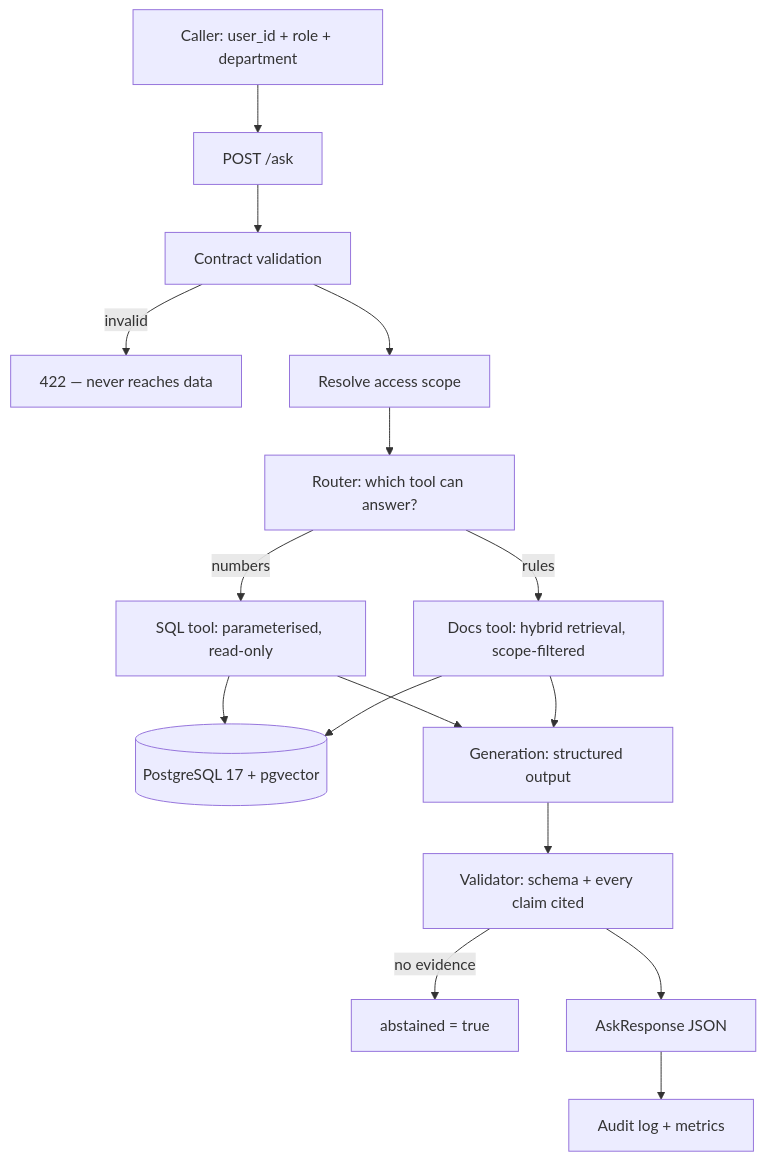
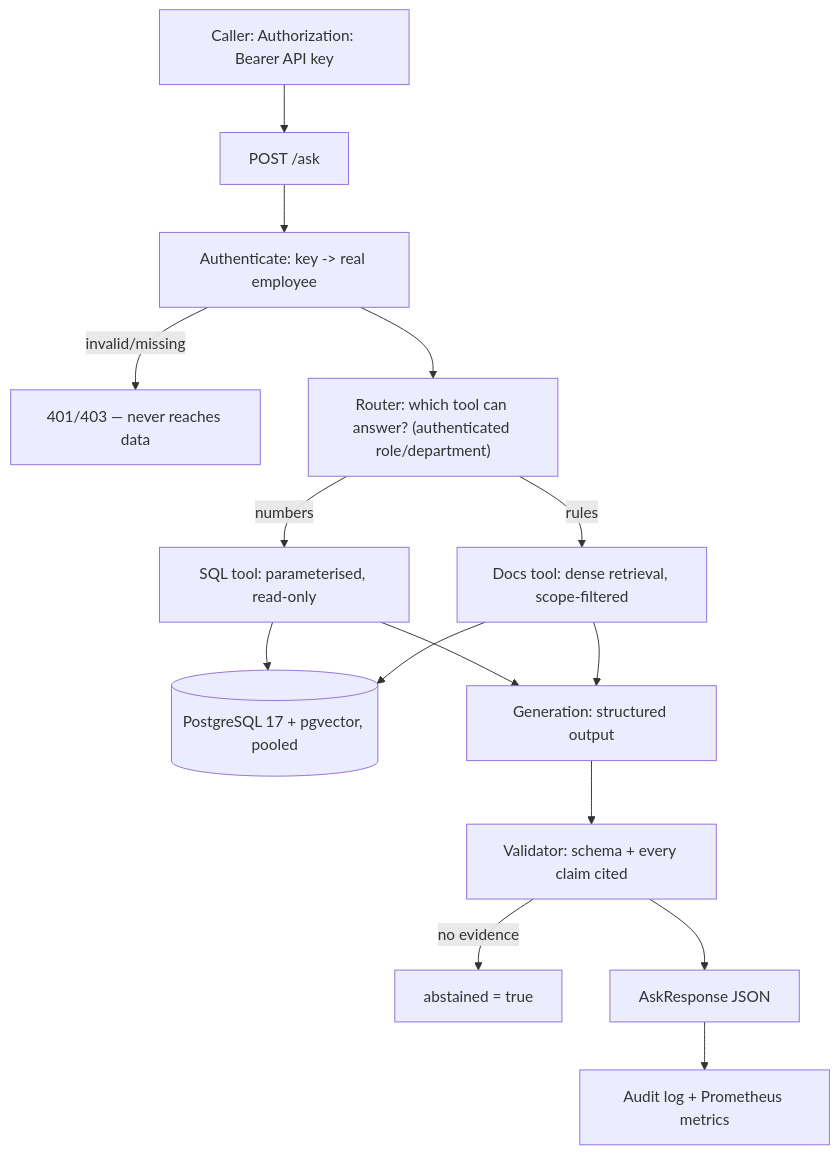
The diagram in README.md (anhquan1111/enterprise-ai-decision-platform), drawn with Mermaid before and after one commit. The commit also changed other lines of this file and 14 other files, not shown here.

Commit message:
feat(eval): real token cost, fresh held-out set run once

````diff
--- a/README.md
+++ b/README.md
@@ -33,18 +45,17 @@
 ```mermaid
 flowchart TB
-    U["Caller: user_id + role + department"] --> API["POST /ask"]
-    API --> V["Contract validation"]
-    V -->|invalid| R422["422 — never reaches data"]
-    V --> SC["Resolve access scope"]
-    SC --> AG["Router: which tool can answer?"]
+    U["Caller: Authorization: Bearer API key"] --> API["POST /ask"]
+    API --> AUTH["Authenticate: key -> real employee"]
+    AUTH -->|invalid/missing| R401["401/403 — never reaches data"]
+    AUTH --> AG["Router: which tool can answer? (authenticated role/department)"]
     AG -->|numbers| T1["SQL tool: parameterised, read-only"]
-    AG -->|rules| T2["Docs tool: hybrid retrieval, scope-filtered"]
-    T1 --> DB[("PostgreSQL 17 + pgvector")]
+    AG -->|rules| T2["Docs tool: dense retrieval, scope-filtered"]
+    T1 --> DB[("PostgreSQL 17 + pgvector, pooled")]
     T2 --> DB
     T1 --> GEN["Generation: structured output"]
     T2 --> GEN
     GEN --> VAL["Validator: schema + every claim cited"]
     VAL -->|no evidence| ABS["abstained = true"]
     VAL --> OUT["AskResponse JSON"]
-    OUT --> AUD["Audit log + metrics"]
+    OUT --> AUD["Audit log + Prometheus metrics"]
 ```
````
